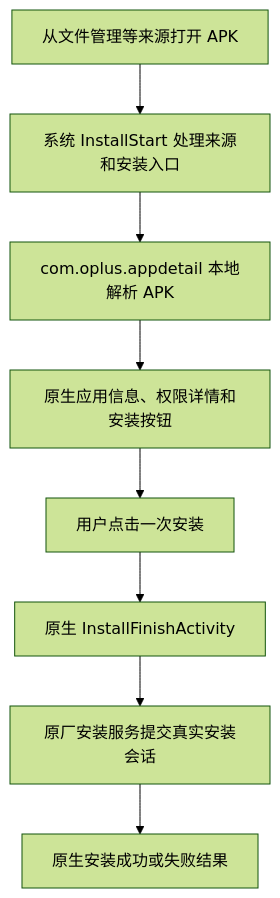
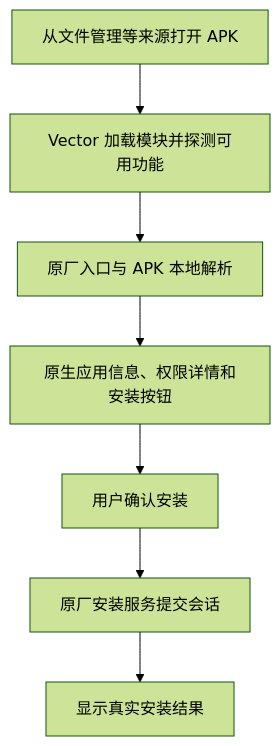
Before and after one commit to AstriaFR/ColorOS17-InstallerClean: the diagram in README.md, drawn with Mermaid (forest theme). The commit also changed other lines of this file and 41 other files, not shown here.

````diff
--- a/README.md
+++ b/README.md
@@ -20,10 +54,9 @@
 ```mermaid
 flowchart TD
-    A[从文件管理等来源打开 APK] --> B[系统 InstallStart 处理来源和安装入口]
-    B --> C[com.oplus.appdetail 本地解析 APK]
+    A[从文件管理等来源打开 APK] --> B[Vector 加载模块并探测可用功能]
+    B --> C[原厂入口与 APK 本地解析]
     C --> D[原生应用信息、权限详情和安装按钮]
-    D --> E[用户点击一次安装]
-    E --> F[原生 InstallFinishActivity]
-    F --> G[原厂安装服务提交真实安装会话]
-    G --> H[原生安装成功或失败结果]
+    D --> E[用户确认安装]
+    E --> F[原厂安装服务提交会话]
+    F --> G[显示真实安装结果]
 ```
````
